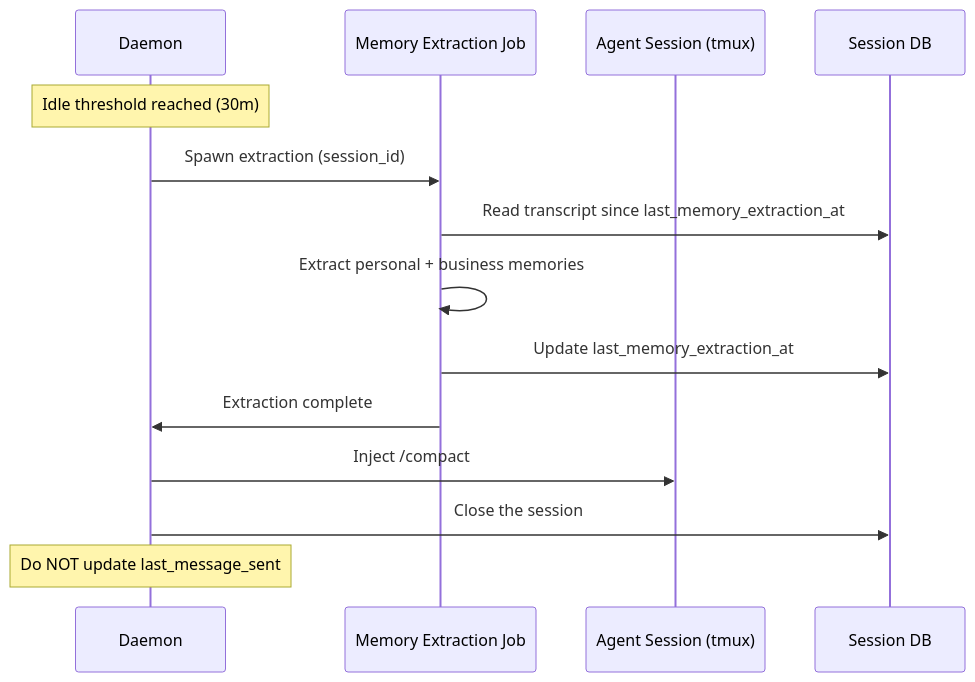
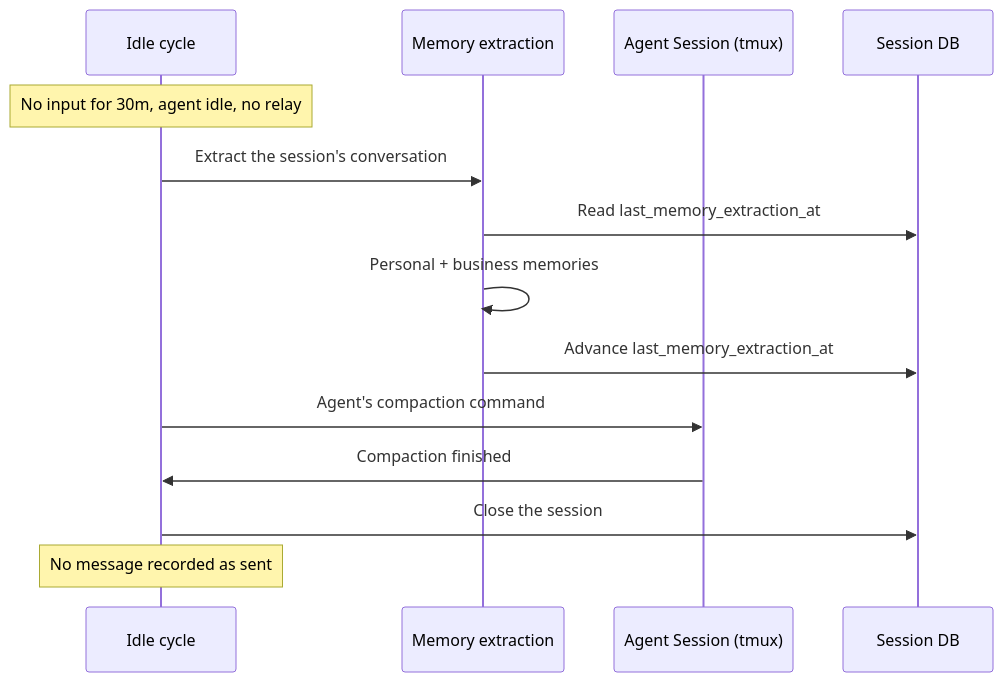
Before and after one commit to InstruktAI/TeleClaude: the seventh of 17 diagrams in docs/local/design/architecture/help-desk-platform.md, drawn with Mermaid. The commit also changed other lines of this file and 2 other files, not shown here.

First line of the commit message:
docs(help-desk): pending contracts for the desk idle memory cycle [skip ci]

````diff
--- a/docs/local/design/architecture/help-desk-platform.md
+++ b/docs/local/design/architecture/help-desk-platform.md
@@ -555,17 +583,17 @@
 ```mermaid
 sequenceDiagram
-    participant Daemon
-    participant Job as Memory Extraction Job
+    participant Daemon as Idle cycle
+    participant Extract as Memory extraction
     participant Tmux as Agent Session (tmux)
     participant DB as Session DB
 
-    Note over Daemon: Idle threshold reached (30m)
-    Daemon->>Job: Spawn extraction (session_id)
-    Job->>DB: Read transcript since last_memory_extraction_at
-    Job->>Job: Extract personal + business memories
-    Job->>DB: Update last_memory_extraction_at
-    Job->>Daemon: Extraction complete
-    Daemon->>Tmux: Inject /compact
+    Note over Daemon: No input for 30m, agent idle, no relay
+    Daemon->>Extract: Extract the session's conversation
+    Extract->>DB: Read last_memory_extraction_at
+    Extract->>Extract: Personal + business memories
+    Extract->>DB: Advance last_memory_extraction_at
+    Daemon->>Tmux: Agent's compaction command
+    Tmux->>Daemon: Compaction finished
     Daemon->>DB: Close the session
-    Note over Daemon: Do NOT update last_message_sent
+    Note over Daemon: No message recorded as sent
 ```
````
